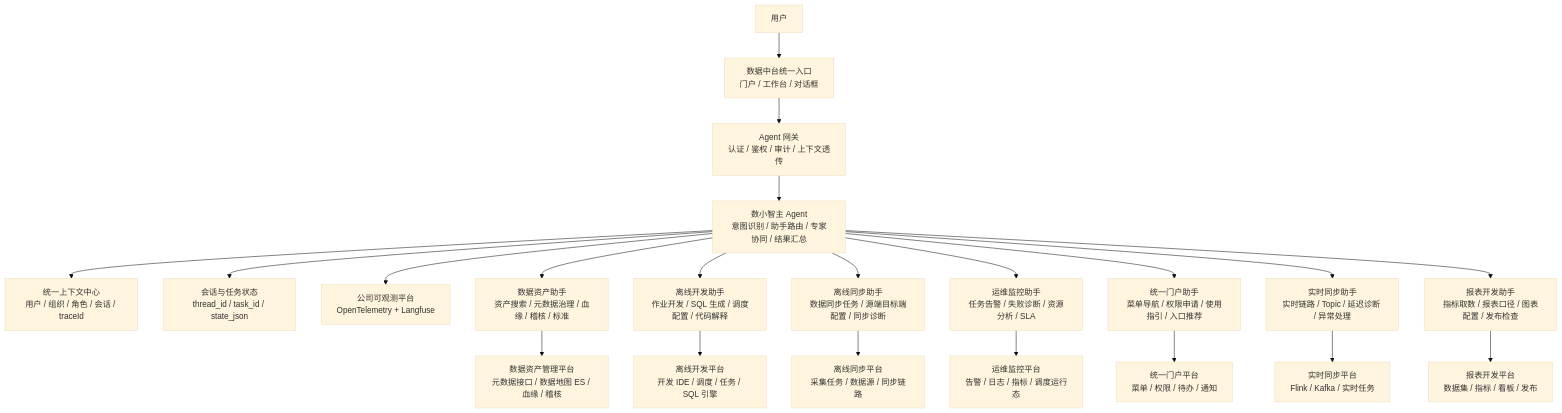
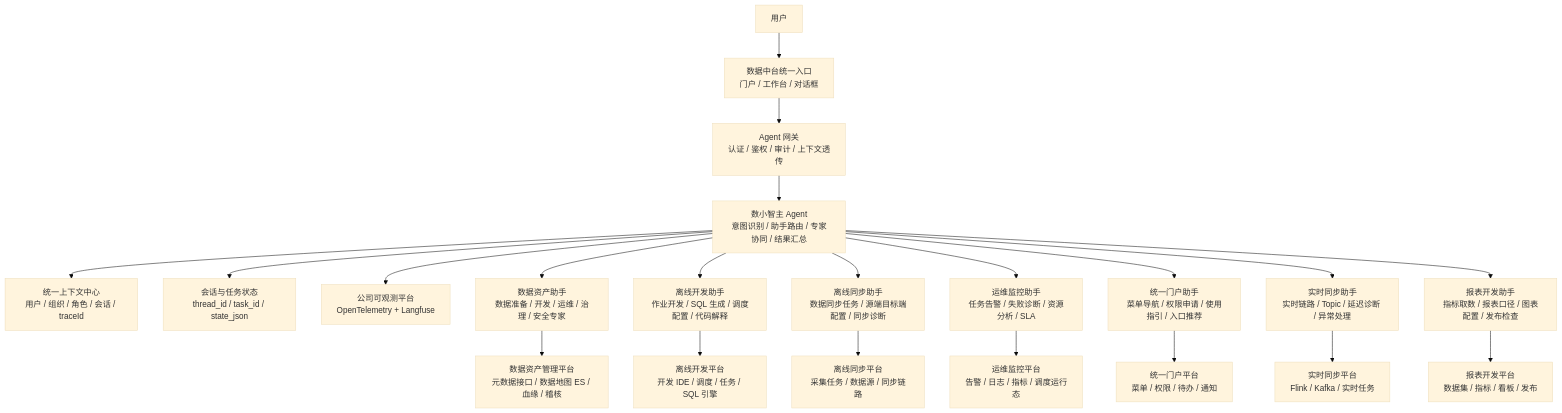
One commit to ShaneLiu001/dataasset changed the first of 3 diagrams in 数据资产助手/02-数据资产助手定位与数小智关系.md. Above: the diagram before and after it, drawn with Mermaid (base theme). The commit also changed other lines of this file and 23 other files, not shown here.

````diff
--- a/数据资产助手/02-数据资产助手定位与数小智关系.md
+++ b/数据资产助手/02-数据资产助手定位与数小智关系.md
@@ -11,26 +11,26 @@
 ```mermaid
 flowchart TB
   User[用户] --> Portal[数据中台统一入口<br/>门户 / 工作台 / 对话框]
   Portal --> Gateway[Agent 网关<br/>认证 / 鉴权 / 审计 / 上下文透传]
   Gateway --> Xiaozhi[数小智主 Agent<br/>意图识别 / 助手路由 / 专家协同 / 结果汇总]
 
   Xiaozhi --> Context[统一上下文中心<br/>用户 / 组织 / 角色 / 会话 / traceId]
   Xiaozhi --> Memory[会话与任务状态<br/>thread_id / task_id / state_json]
   Xiaozhi --> Obs[公司可观测平台<br/>OpenTelemetry + Langfuse]
 
-  Xiaozhi --> AssetAgent[数据资产助手<br/>资产搜索 / 元数据治理 / 血缘 / 稽核 / 标准]
+  Xiaozhi --> AssetAgent[数据资产助手<br/>数据准备 / 开发 / 运维 / 治理 / 安全专家]
   Xiaozhi --> OfflineDevAgent[离线开发助手<br/>作业开发 / SQL 生成 / 调度配置 / 代码解释]
   Xiaozhi --> OfflineSyncAgent[离线同步助手<br/>数据同步任务 / 源端目标端配置 / 同步诊断]
   Xiaozhi --> OpsAgent[运维监控助手<br/>任务告警 / 失败诊断 / 资源分析 / SLA]
   Xiaozhi --> PortalAgent[统一门户助手<br/>菜单导航 / 权限申请 / 使用指引 / 入口推荐]
   Xiaozhi --> RealtimeSyncAgent[实时同步助手<br/>实时链路 / Topic / 延迟诊断 / 异常处理]
   Xiaozhi --> ReportAgent[报表开发助手<br/>指标取数 / 报表口径 / 图表配置 / 发布检查]
 
   AssetAgent --> AssetPlatform[数据资产管理平台<br/>元数据接口 / 数据地图 ES / 血缘 / 稽核]
   OfflineDevAgent --> OfflineDev[离线开发平台<br/>开发 IDE / 调度 / 任务 / SQL 引擎]
   OfflineSyncAgent --> OfflineSync[离线同步平台<br/>采集任务 / 数据源 / 同步链路]
   OpsAgent --> Ops[运维监控平台<br/>告警 / 日志 / 指标 / 调度运行态]
   PortalAgent --> UnifiedPortal[统一门户平台<br/>菜单 / 权限 / 待办 / 通知]
   RealtimeSyncAgent --> RealtimeSync[实时同步平台<br/>Flink / Kafka / 实时任务]
   ReportAgent --> BI[报表开发平台<br/>数据集 / 指标 / 看板 / 发布]
 ```
````
